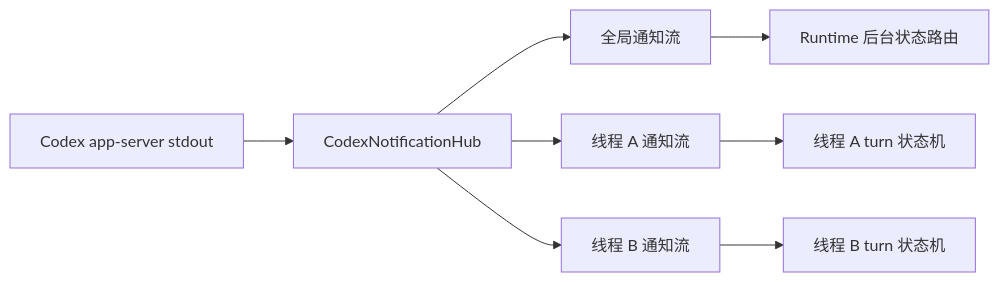
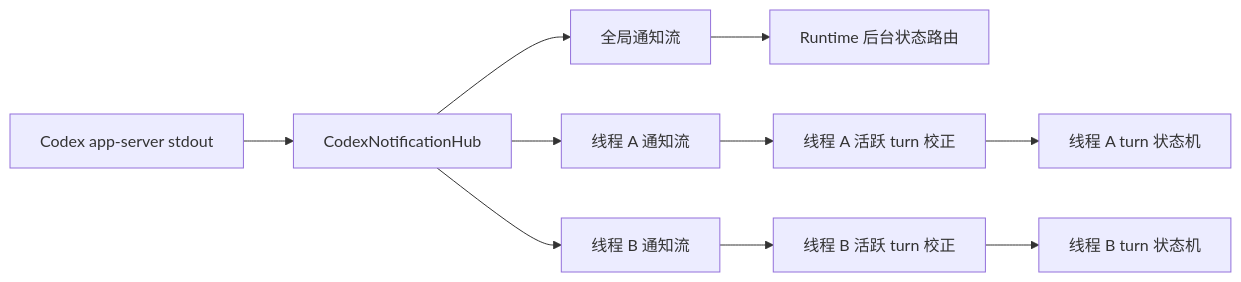
One commit to wecode-ai/wegent-docs changed the first of 2 diagrams in i18n/zh/docusaurus-plugin-content-docs/current/architecture/codex-notification-routing.md. Above: the diagram before and after it, drawn with Mermaid. The commit also changed other lines of this file and 9 other files, not shown here.

````diff
--- a/i18n/zh/docusaurus-plugin-content-docs/current/architecture/codex-notification-routing.md
+++ b/i18n/zh/docusaurus-plugin-content-docs/current/architecture/codex-notification-routing.md
@@ -13,10 +13,12 @@
 ```mermaid
 flowchart LR
     A[Codex app-server stdout] --> B[CodexNotificationHub]
     B --> C[全局通知流]
     B --> D1[线程 A 通知流]
     B --> D2[线程 B 通知流]
     C --> E[Runtime 后台状态路由]
-    D1 --> F1[线程 A turn 状态机]
-    D2 --> F2[线程 B turn 状态机]
+    D1 --> F1[线程 A 活跃 turn 校正]
+    D2 --> F2[线程 B 活跃 turn 校正]
+    F1 --> G1[线程 A turn 状态机]
+    F2 --> G2[线程 B turn 状态机]
 ```
````
